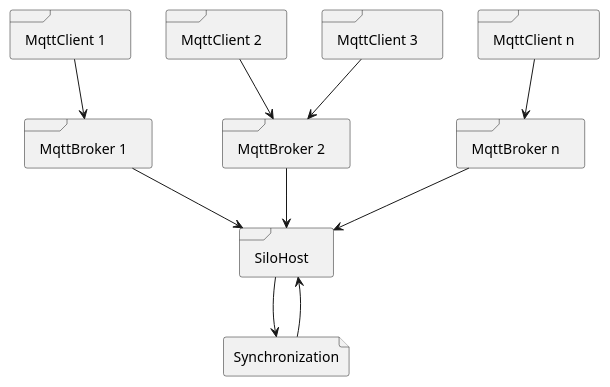
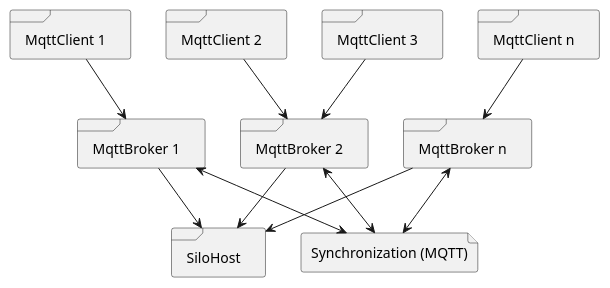
One commit to SeppPenner/NetCoreMQTTExampleCluster changed the diagram in images/structure.wsd. Above: the diagram before and after it, drawn with PlantUML. The commit also changed 17 other files, not shown here.

```diff
--- a/images/structure.wsd
+++ b/images/structure.wsd
@@ -1,41 +1,42 @@
 @startuml
 
 skinparam componentStyle uml2
 
-file "Synchronization" as Sync
+file "Synchronization (MQTT)" as Sync
 
 frame SiloHost {
 }
 
 frame "MqttBroker 1" as MqttBroker1 {
 }
 
 frame "MqttBroker 2" as MqttBroker2 {
 }
 
 frame "MqttBroker n" as MqttBrokerN {
 }
 
 frame "MqttClient 1" as MqttClient1 {
 }
 
 frame "MqttClient 2" as MqttClient2 {
 }
 
 frame "MqttClient 3" as MqttClient3 {
 }
 
 frame "MqttClient n" as MqttClientN {
 }
 
 MqttBroker1 --> SiloHost
 MqttBroker2 --> SiloHost
 MqttBrokerN --> SiloHost
 MqttClient1 --> MqttBroker1
 MqttClient2 --> MqttBroker2
 MqttClient3 --> MqttBroker2
 MqttClientN --> MqttBrokerN
-SiloHost --> Sync
-Sync --> SiloHost
+MqttBroker1 <--> Sync
+MqttBroker2 <--> Sync
+MqttBrokerN <--> Sync
 
 @enduml
```
